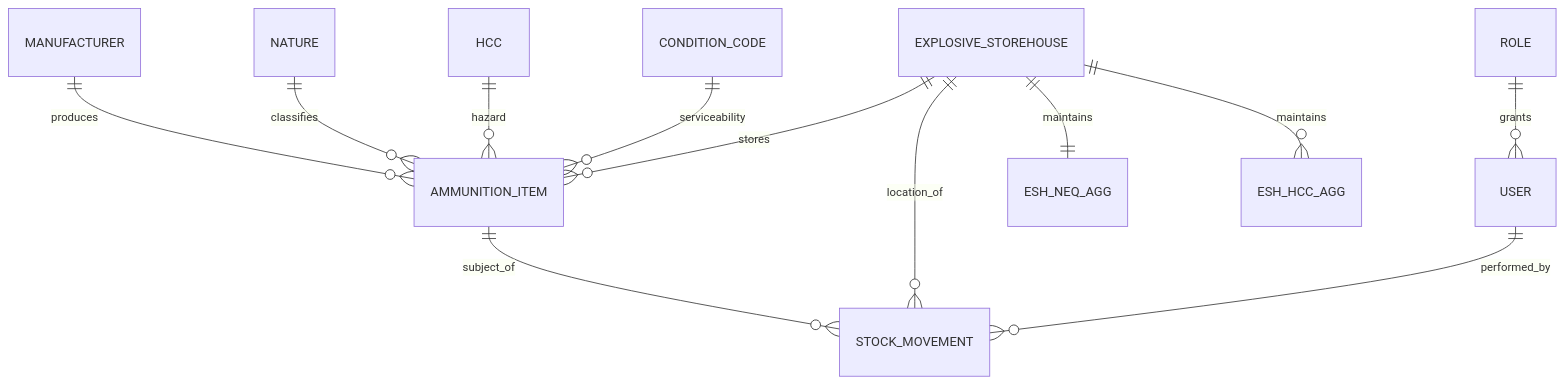
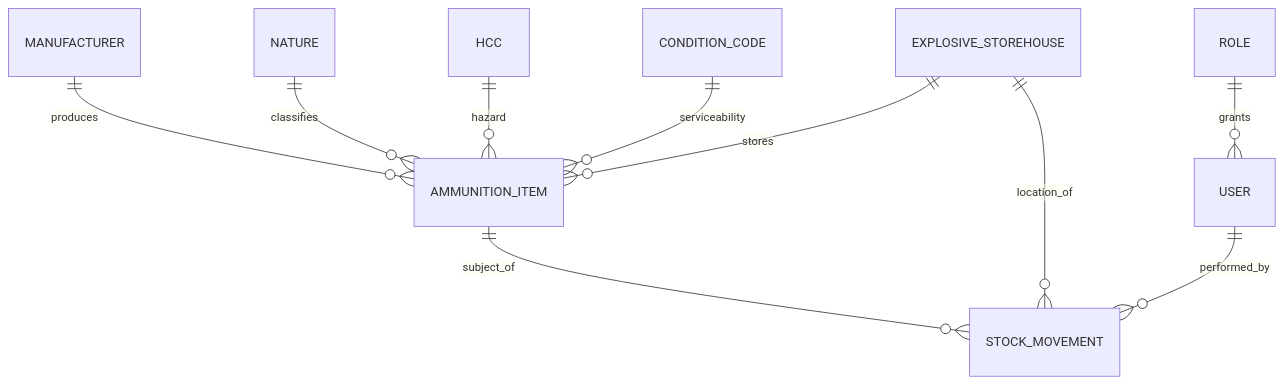
One commit to carbonless/aims changed the third of 3 diagrams in .kiro/specs/aims-web/design.md. Above: the diagram before and after it, drawn with Mermaid. The commit also changed other lines of this file and 3 other files, not shown here.

Commit message:
Task 3: reference-data domain services; re-architect design to Aurora Serverless v2 Postgres

````diff
--- a/.kiro/specs/aims-web/design.md
+++ b/.kiro/specs/aims-web/design.md
@@ -192,14 +217,12 @@
 ```mermaid
 erDiagram
     MANUFACTURER ||--o{ AMMUNITION_ITEM : produces
     NATURE ||--o{ AMMUNITION_ITEM : classifies
     HCC ||--o{ AMMUNITION_ITEM : hazard
     CONDITION_CODE ||--o{ AMMUNITION_ITEM : serviceability
     EXPLOSIVE_STOREHOUSE ||--o{ AMMUNITION_ITEM : stores
     AMMUNITION_ITEM ||--o{ STOCK_MOVEMENT : subject_of
     EXPLOSIVE_STOREHOUSE ||--o{ STOCK_MOVEMENT : location_of
     USER ||--o{ STOCK_MOVEMENT : performed_by
     ROLE ||--o{ USER : grants
-    EXPLOSIVE_STOREHOUSE ||--|| ESH_NEQ_AGG : maintains
-    EXPLOSIVE_STOREHOUSE ||--o{ ESH_HCC_AGG : maintains
 ```
````
